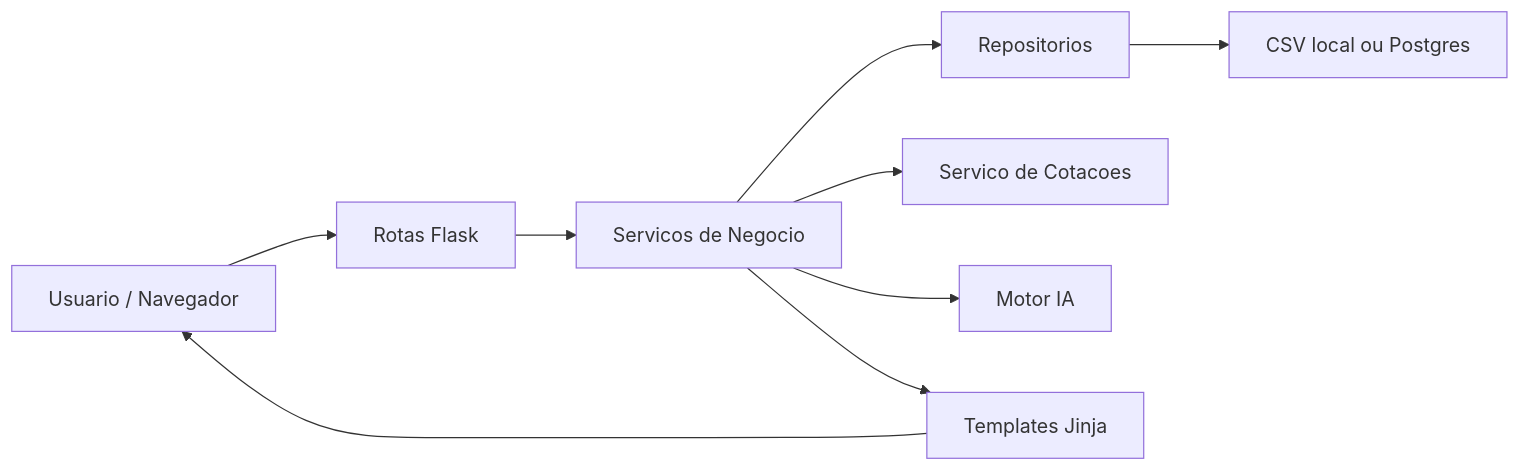
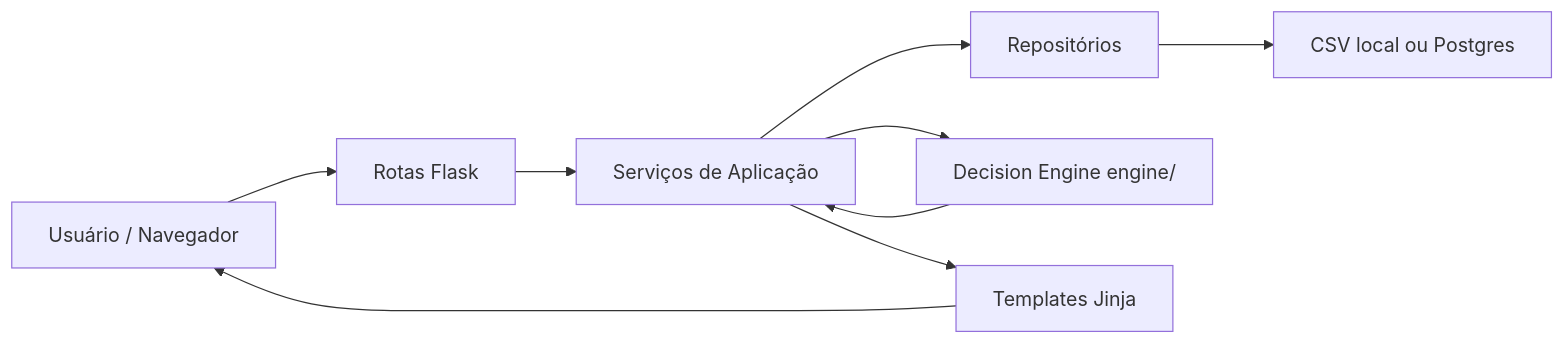
Before and after one commit to andrefcsj/FaculdadeMaria: the diagram in docs/ROADMAP_V5.md, drawn with Mermaid. The commit also changed other lines of this file, not shown here.

Commit message:
docs: reconcile roadmap with official engine and premium radar path

````diff
--- a/docs/ROADMAP_V5.md
+++ b/docs/ROADMAP_V5.md
@@ -73,11 +174,11 @@
 ```mermaid
 flowchart LR
-  Browser["Usuario / Navegador"] --> Routes["Rotas Flask"]
-  Routes --> Services["Servicos de Negocio"]
-  Services --> Repositories["Repositorios"]
+  Browser["Usuário / Navegador"] --> Routes["Rotas Flask"]
+  Routes --> Services["Serviços de Aplicação"]
+  Services --> Repositories["Repositórios"]
   Repositories --> Storage["CSV local ou Postgres"]
-  Services --> Cotacoes["Servico de Cotacoes"]
-  Services --> IA["Motor IA"]
+  Services --> Engine["Decision Engine engine/"]
+  Engine --> Services
   Services --> Templates["Templates Jinja"]
   Templates --> Browser
 ```
````
